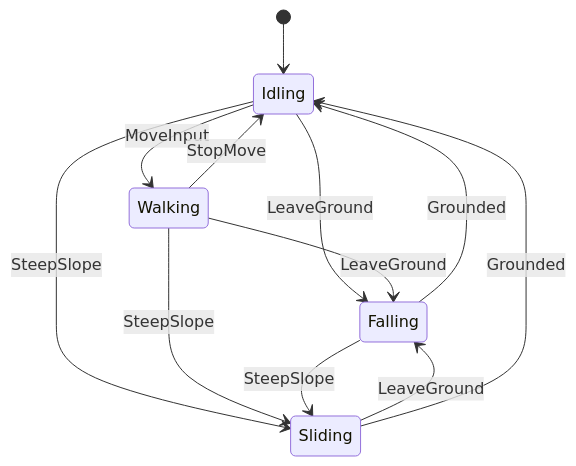
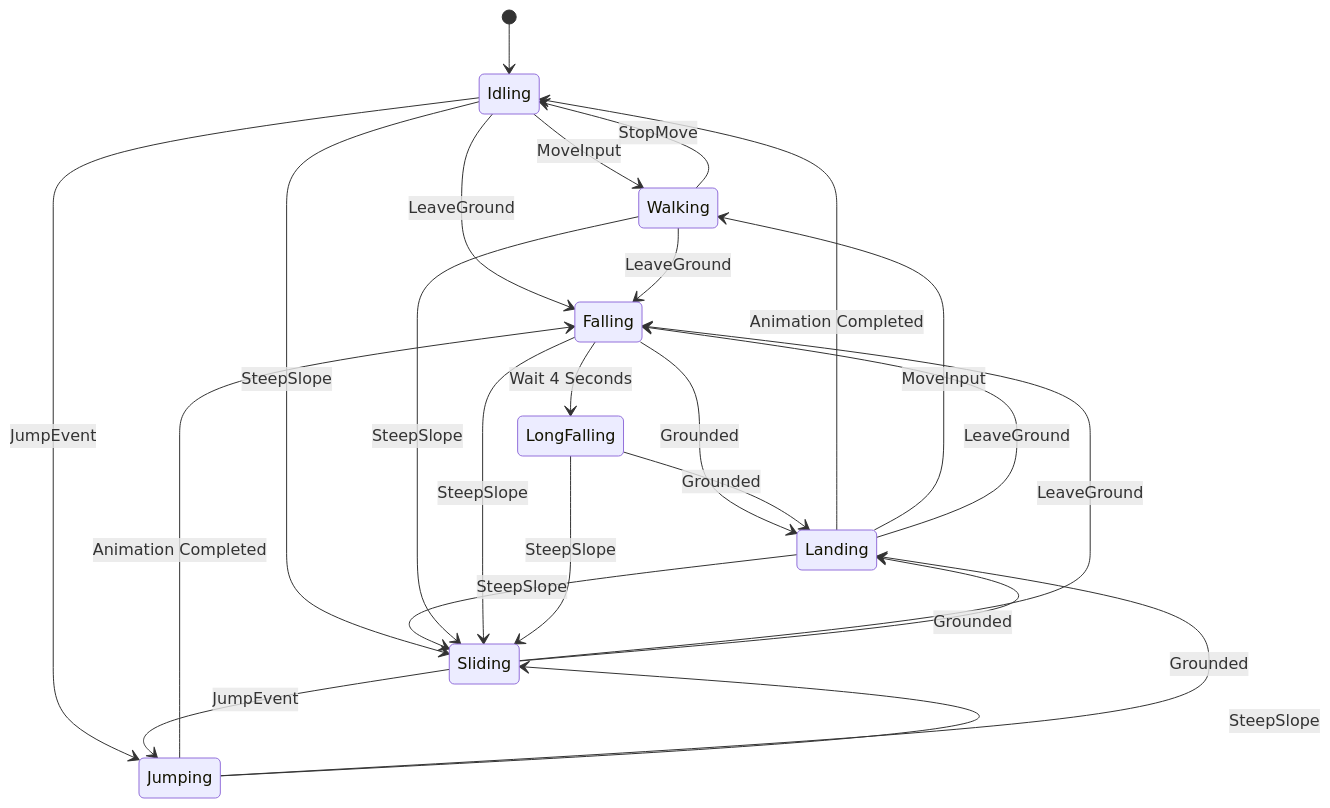
The diagram in Documentation/manual/kcc-design/kcc-fsm-design.md (nicholas-maltbie/OpenKCC), drawn with Mermaid before and after one commit. The commit also changed other lines of this file and 145 other files, not shown here.

````diff
--- a/Documentation/manual/kcc-design/kcc-fsm-design.md
+++ b/Documentation/manual/kcc-design/kcc-fsm-design.md
@@ -29,18 +31,33 @@
 ```mermaid
 stateDiagram
     [*] --> Idling
 
     Idling --> Walking : MoveInput
     Idling --> Falling : LeaveGround
     Idling --> Sliding : SteepSlope
+    Idling --> Jumping : JumpEvent
+
+    Jumping --> Falling : Animation Completed
+    Jumping --> Landing : Grounded
+    Jumping --> Sliding : SteepSlope
+
+    Landing --> Idling : Animation Completed
+    Landing --> Walking : MoveInput
+    Landing --> Falling : LeaveGround
+    Landing --> Sliding : SteepSlope
 
     Walking --> Idling : StopMove
     Walking --> Falling : LeaveGround
     Walking --> Sliding : SteepSlope
 
     Sliding --> Falling : LeaveGround
-    Sliding --> Idling : Grounded
+    Sliding --> Landing : Grounded
+    Sliding --> Jumping : JumpEvent
 
-    Falling --> Idling : Grounded
+    Falling --> Landing : Grounded
     Falling --> Sliding : SteepSlope
+    Falling --> LongFalling : Wait 4 Seconds
+
+    LongFalling --> Landing : Grounded
+    LongFalling --> Sliding : SteepSlope
 ```
````
